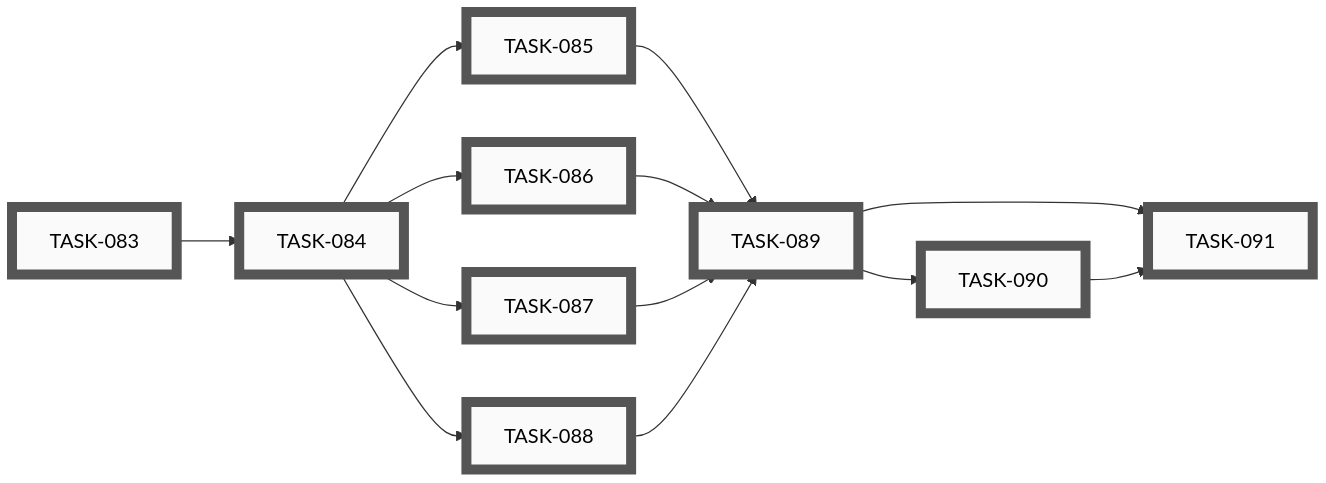
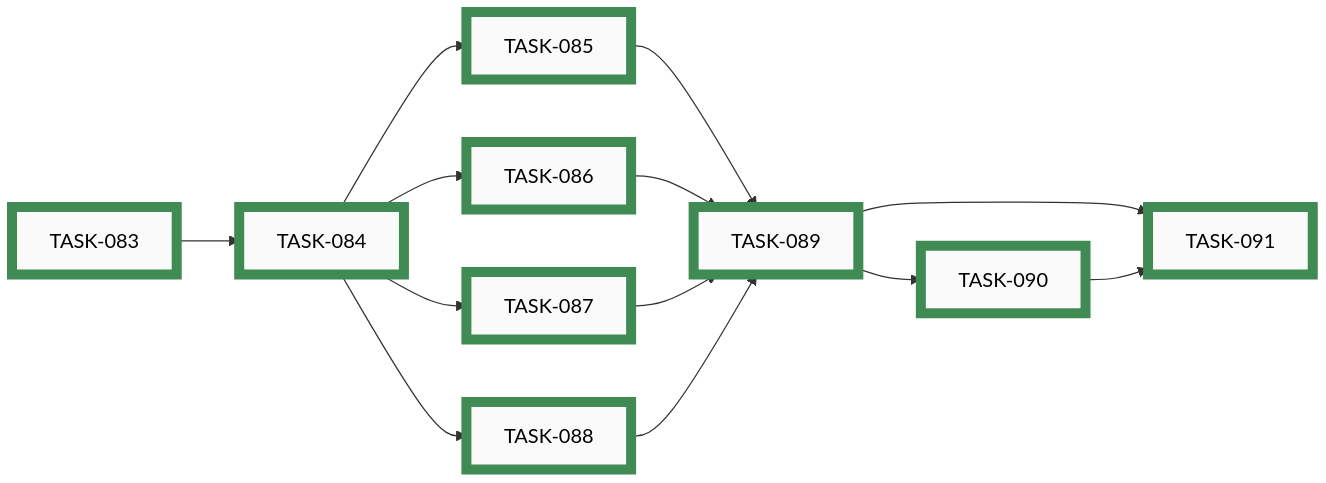
One commit to tgd1975/CircuitSmith changed diagram 11 of 15 in docs/developers/tasks/EPICS.md. Above: the diagram before and after it, drawn with Mermaid. The commit also changed other lines of this file and 35 other files, not shown here.

First line of the commit message:
close EPIC-011: test plan and coverage matrix (#3)

````diff
--- a/docs/developers/tasks/EPICS.md
+++ b/docs/developers/tasks/EPICS.md
@@ -661,41 +661,41 @@
 ```mermaid
 graph LR
-    TASK_083["TASK-083"]:::open
-    TASK_084["TASK-084"]:::open
-    TASK_085["TASK-085"]:::open
-    TASK_086["TASK-086"]:::open
-    TASK_087["TASK-087"]:::open
-    TASK_088["TASK-088"]:::open
-    TASK_089["TASK-089"]:::open
-    TASK_090["TASK-090"]:::open
-    TASK_091["TASK-091"]:::open
+    TASK_083["TASK-083"]:::closed
+    TASK_084["TASK-084"]:::closed
+    TASK_085["TASK-085"]:::closed
+    TASK_086["TASK-086"]:::closed
+    TASK_087["TASK-087"]:::closed
+    TASK_088["TASK-088"]:::closed
+    TASK_089["TASK-089"]:::closed
+    TASK_090["TASK-090"]:::closed
+    TASK_091["TASK-091"]:::closed
     TASK_083 --> TASK_084
     TASK_084 --> TASK_085
     TASK_084 --> TASK_086
     TASK_084 --> TASK_087
     TASK_084 --> TASK_088
     TASK_085 --> TASK_089
     TASK_086 --> TASK_089
     TASK_087 --> TASK_089
     TASK_088 --> TASK_089
     TASK_089 --> TASK_090
     TASK_089 --> TASK_091
     TASK_090 --> TASK_091
-    click TASK_083 "open/task-083-scaffold-testing-docs-directory.md"
-    click TASK_084 "open/task-084-inventory-existing-test-surface.md"
-    click TASK_085 "open/task-085-document-schema-and-netgraph-test-plan.md"
-    click TASK_086 "open/task-086-document-layout-and-router-test-plan.md"
-    click TASK_087 "open/task-087-document-renderer-and-erc-test-plan.md"
-    click TASK_088 "open/task-088-document-exporters-orchestration-ci-test-plan.md"
-    click TASK_089 "open/task-089-write-top-level-coverage-matrix.md"
-    click TASK_090 "open/task-090-file-followup-tasks-for-coverage-gaps.md"
-    click TASK_091 "open/task-091-ci-staleness-check-for-test-plan.md"
+    click TASK_083 "closed/task-083-scaffold-testing-docs-directory.md"
+    click TASK_084 "closed/task-084-inventory-existing-test-surface.md"
+    click TASK_085 "closed/task-085-document-schema-and-netgraph-test-plan.md"
+    click TASK_086 "closed/task-086-document-layout-and-router-test-plan.md"
+    click TASK_087 "closed/task-087-document-renderer-and-erc-test-plan.md"
+    click TASK_088 "closed/task-088-document-exporters-orchestration-ci-test-plan.md"
+    click TASK_089 "closed/task-089-write-top-level-coverage-matrix.md"
+    click TASK_090 "closed/task-090-file-followup-tasks-for-coverage-gaps.md"
+    click TASK_091 "closed/task-091-ci-staleness-check-for-test-plan.md"
     classDef open    fill:#FAFAFA,stroke:#555,stroke-width:8px,color:#000
     classDef active  fill:#FAFAFA,stroke:#1A6FA8,stroke-width:8px,color:#000
     classDef closed  fill:#FAFAFA,stroke:#3F8B53,stroke-width:8px,color:#000
     classDef paused  fill:#FAFAFA,stroke:#B07810,stroke-width:8px,color:#000
     classDef openExt    fill:#000,stroke:#888,stroke-width:8px,color:#FFF
     classDef activeExt  fill:#000,stroke:#3FA9F5,stroke-width:8px,color:#FFF
     classDef closedExt  fill:#000,stroke:#7CC68A,stroke-width:8px,color:#FFF
     classDef pausedExt  fill:#000,stroke:#F0B030,stroke-width:8px,color:#FFF
 ```
````
